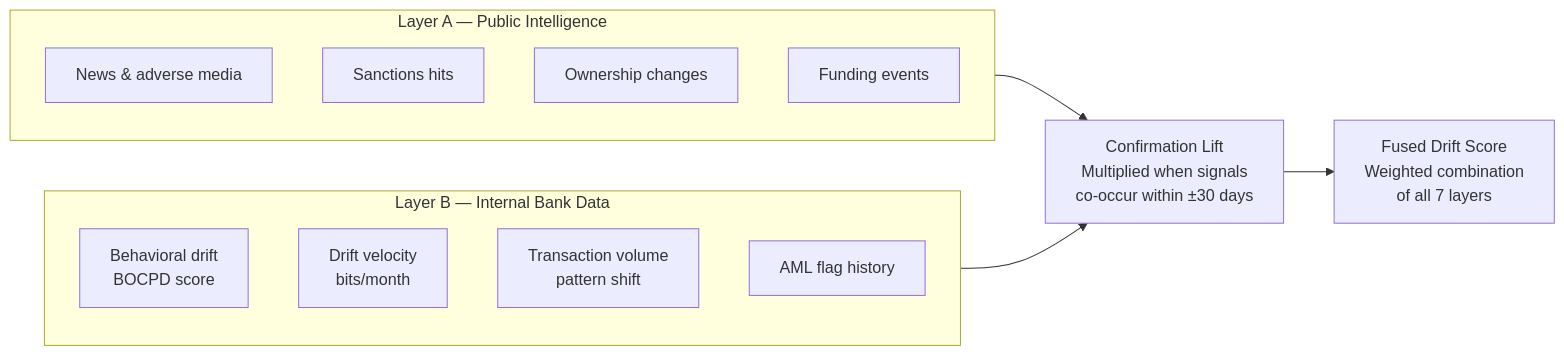
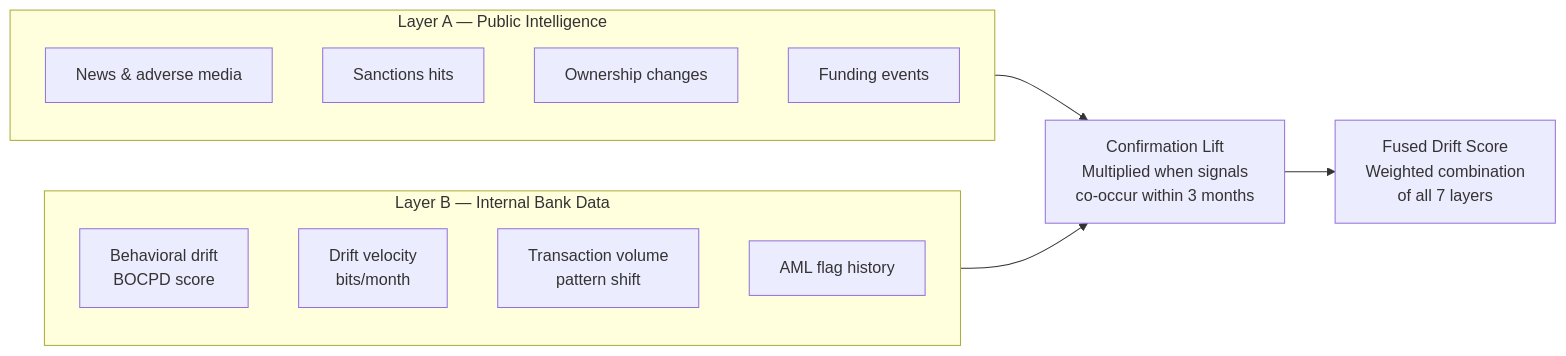
The third of 4 diagrams in docs/drift-engine.md (SteveDok22/Swisshacks-2026), drawn with Mermaid before and after one commit. The commit also changed other lines of this file and 9 other files, not shown here.

````diff
--- a/docs/drift-engine.md
+++ b/docs/drift-engine.md
@@ -205,24 +217,24 @@
 ```mermaid
 flowchart LR
     subgraph A["Layer A — Public Intelligence"]
         News[News & adverse media]
         Sanctions[Sanctions hits]
         Ownership[Ownership changes]
         Funding[Funding events]
     end
 
     subgraph B["Layer B — Internal Bank Data"]
         BOCPD2[Behavioral drift\nBOCPD score]
         Vel2[Drift velocity\nbits/month]
         TxVol[Transaction volume\npattern shift]
         AML[AML flag history]
     end
 
-    CL["Confirmation Lift\nMultiplied when signals\nco-occur within ±30 days"]
+    CL["Confirmation Lift\nMultiplied when signals\nco-occur within 3 months"]
 
     FusedScore["Fused Drift Score\nWeighted combination\nof all 7 layers"]
 
     A --> CL
     B --> CL
     CL --> FusedScore
 ```
````
